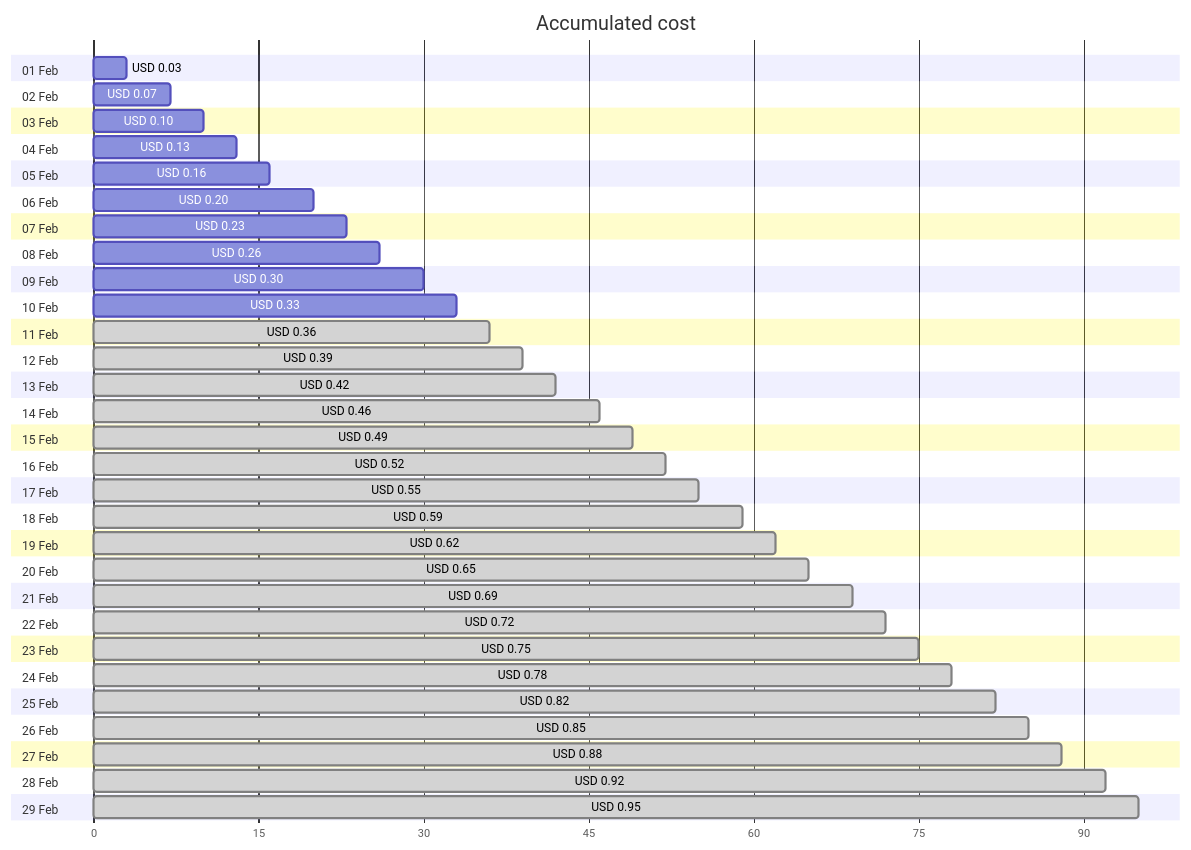
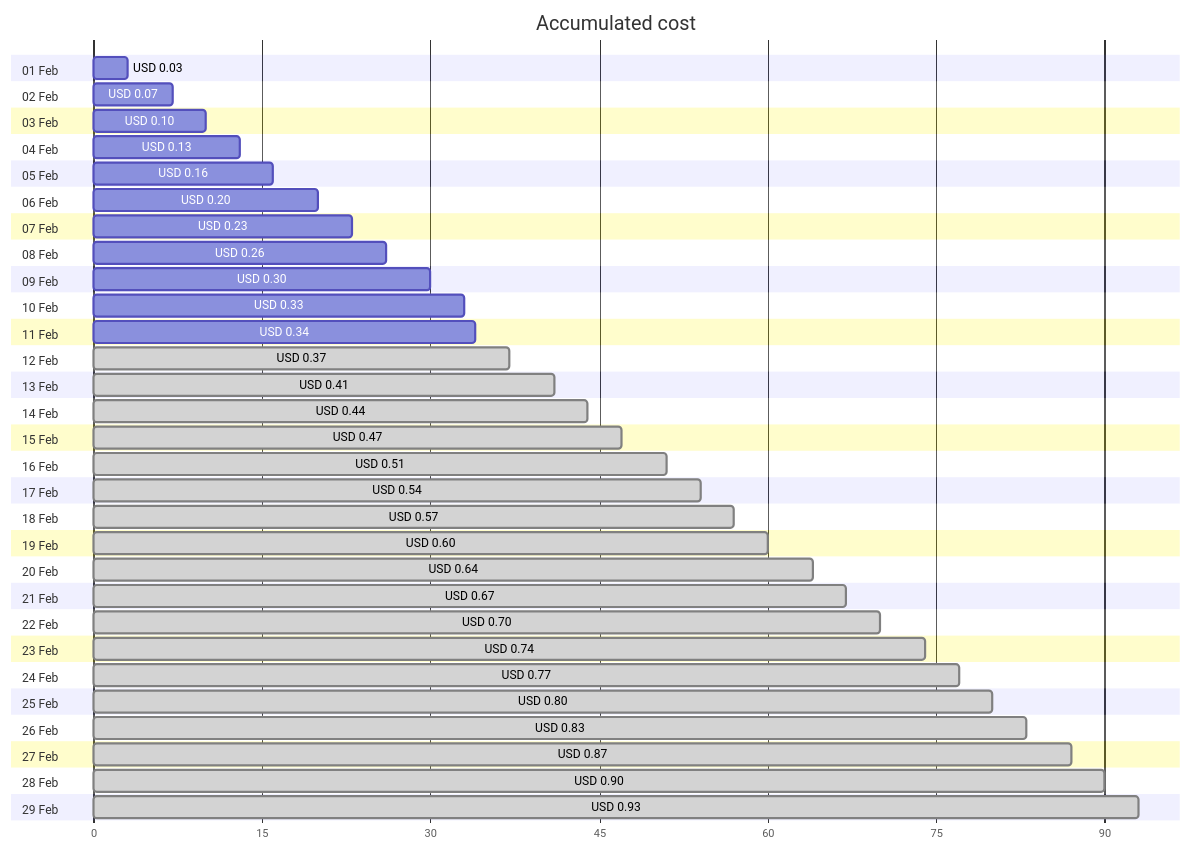
Before and after one commit to jpfulton/azure-personal-reports: the first of 4 diagrams in cost-reports/personal-dns/README.md, drawn with Mermaid. The commit also changed other lines of this file and 2 other files, not shown here.

Commit message:
Generated reports [skip ci]

````diff
--- a/cost-reports/personal-dns/README.md
+++ b/cost-reports/personal-dns/README.md
@@ -20,64 +20,64 @@
 ```mermaid
 gantt
    title Accumulated cost
    dateFormat  X
    axisFormat %s
    section 01 Feb
    USD 0.03 :0, 3
    section 02 Feb
    USD 0.07 :0, 7
    section 03 Feb
    USD 0.10 :0, 10
    section 04 Feb
    USD 0.13 :0, 13
    section 05 Feb
    USD 0.16 :0, 16
    section 06 Feb
    USD 0.20 :0, 20
    section 07 Feb
    USD 0.23 :0, 23
    section 08 Feb
    USD 0.26 :0, 26
    section 09 Feb
    USD 0.30 :0, 30
    section 10 Feb
    USD 0.33 :0, 33
    section 11 Feb
-   USD 0.36 : done, 0, 36
+   USD 0.34 :0, 34
    section 12 Feb
-   USD 0.39 : done, 0, 39
+   USD 0.37 : done, 0, 37
    section 13 Feb
-   USD 0.42 : done, 0, 42
+   USD 0.41 : done, 0, 41
    section 14 Feb
-   USD 0.46 : done, 0, 46
+   USD 0.44 : done, 0, 44
    section 15 Feb
-   USD 0.49 : done, 0, 49
+   USD 0.47 : done, 0, 47
    section 16 Feb
-   USD 0.52 : done, 0, 52
+   USD 0.51 : done, 0, 51
    section 17 Feb
-   USD 0.55 : done, 0, 55
+   USD 0.54 : done, 0, 54
    section 18 Feb
-   USD 0.59 : done, 0, 59
+   USD 0.57 : done, 0, 57
    section 19 Feb
-   USD 0.62 : done, 0, 62
+   USD 0.60 : done, 0, 60
    section 20 Feb
-   USD 0.65 : done, 0, 65
+   USD 0.64 : done, 0, 64
    section 21 Feb
-   USD 0.69 : done, 0, 69
+   USD 0.67 : done, 0, 67
    section 22 Feb
-   USD 0.72 : done, 0, 72
+   USD 0.70 : done, 0, 70
    section 23 Feb
-   USD 0.75 : done, 0, 75
+   USD 0.74 : done, 0, 74
    section 24 Feb
-   USD 0.78 : done, 0, 78
+   USD 0.77 : done, 0, 77
    section 25 Feb
-   USD 0.82 : done, 0, 82
+   USD 0.80 : done, 0, 80
    section 26 Feb
-   USD 0.85 : done, 0, 85
+   USD 0.83 : done, 0, 83
    section 27 Feb
-   USD 0.88 : done, 0, 88
+   USD 0.87 : done, 0, 87
    section 28 Feb
-   USD 0.92 : done, 0, 92
+   USD 0.90 : done, 0, 90
    section 29 Feb
-   USD 0.95 : done, 0, 95
+   USD 0.93 : done, 0, 93
 ```
````
